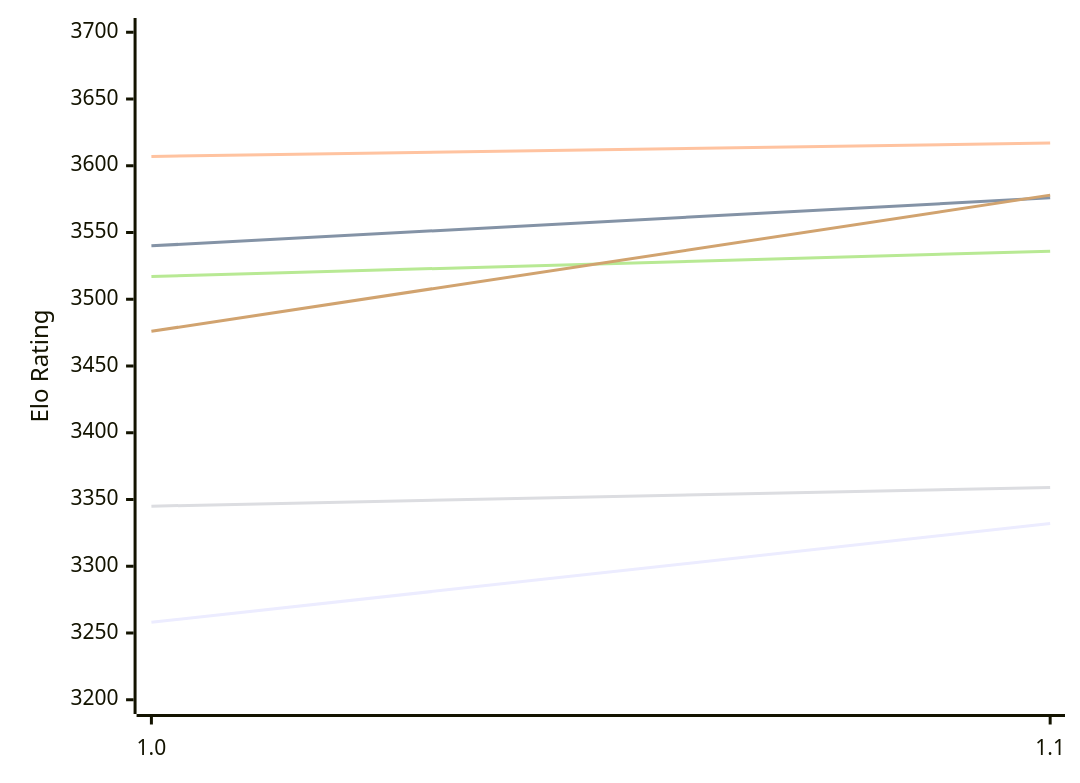
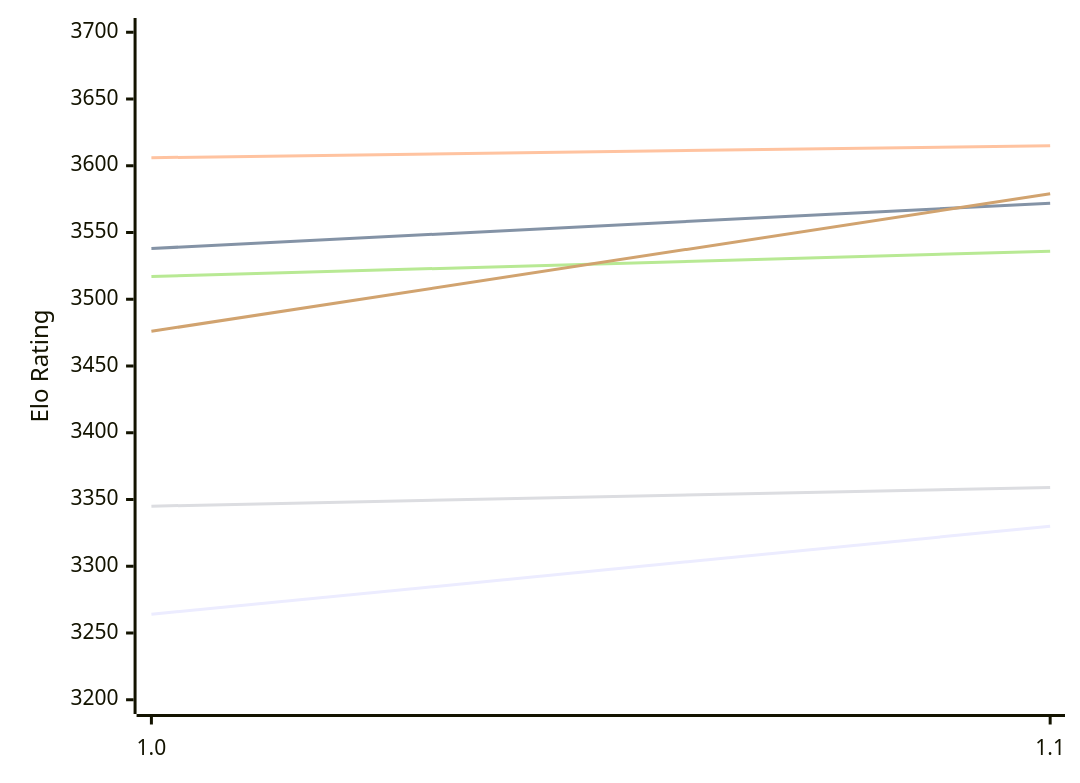
One commit to computer-chess-index/cci changed the first of 2 diagrams in engines/Horsie.md. Above: the diagram before and after it, drawn with Mermaid. The commit also changed other lines of this file, not shown here.

Commit message:
Update CCI Ratings (ELO VLTC) - 2026-11-28

````diff
--- a/engines/Horsie.md
+++ b/engines/Horsie.md
@@ -50,12 +50,12 @@
 ```mermaid
 %%{init: {"theme":"base","themeVariables":{"seriesColors:['#a3a3a3','#222221','#faa371']}}}%%
 xychart-beta
   x-axis ["1.0", "1.1"]
   y-axis "Elo Rating" 3200 --> 3700
-  line "E1: STC (8.0+0.08s)" [3258, 3332]
-  line "E1: LTC (60.0+0.60s)" [3540, 3576]
-  line "E1: VLTC (2m24s+1.12s)" [3607, 3617]
+  line "E1: STC (8.0+0.08s)" [3264, 3330]
+  line "E1: LTC (60.0+0.60s)" [3538, 3572]
+  line "E1: VLTC (2m24s+1.12s)" [3606, 3615]
   line "P1: STC (8.0+0.08s)" [3345, 3359]
   line "P1: LTC (60.0+0.60s)" [3517, 3536]
-  line "P1: VLTC (2m24s+1.12s)" [3476, 3578]
+  line "P1: VLTC (2m24s+1.12s)" [3476, 3579]
 ```
````
